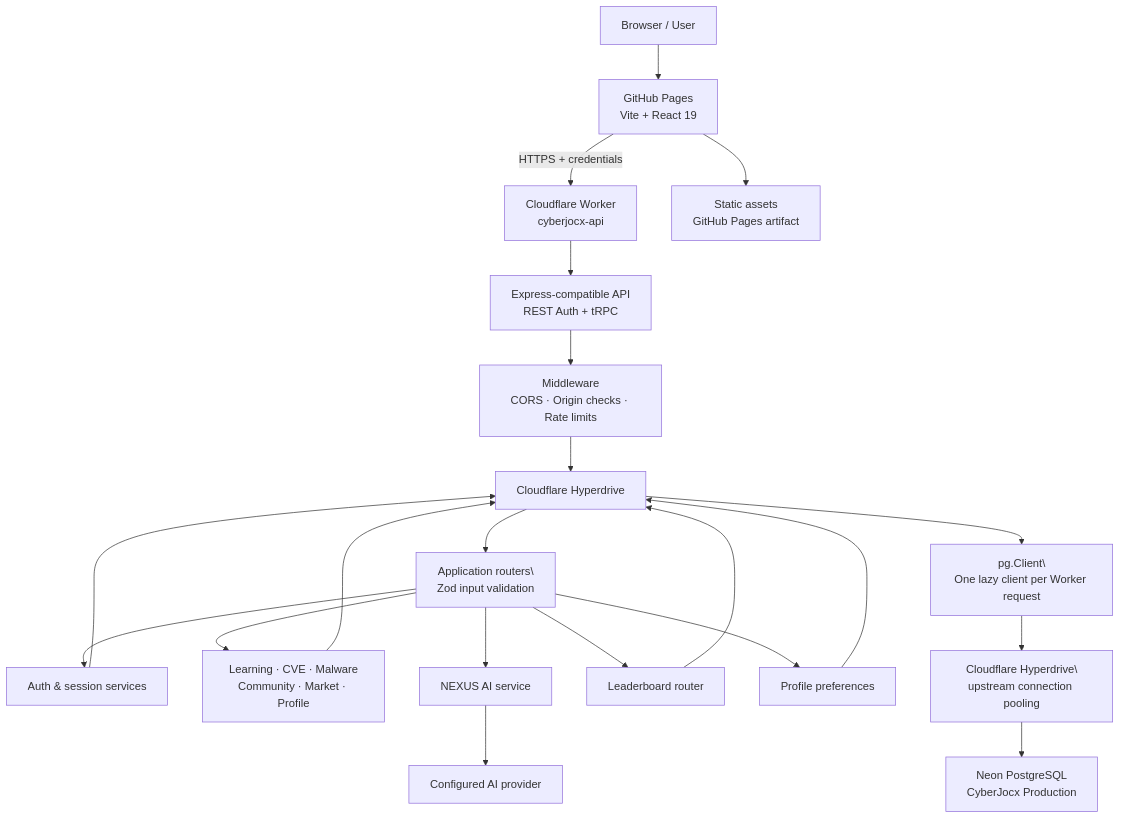
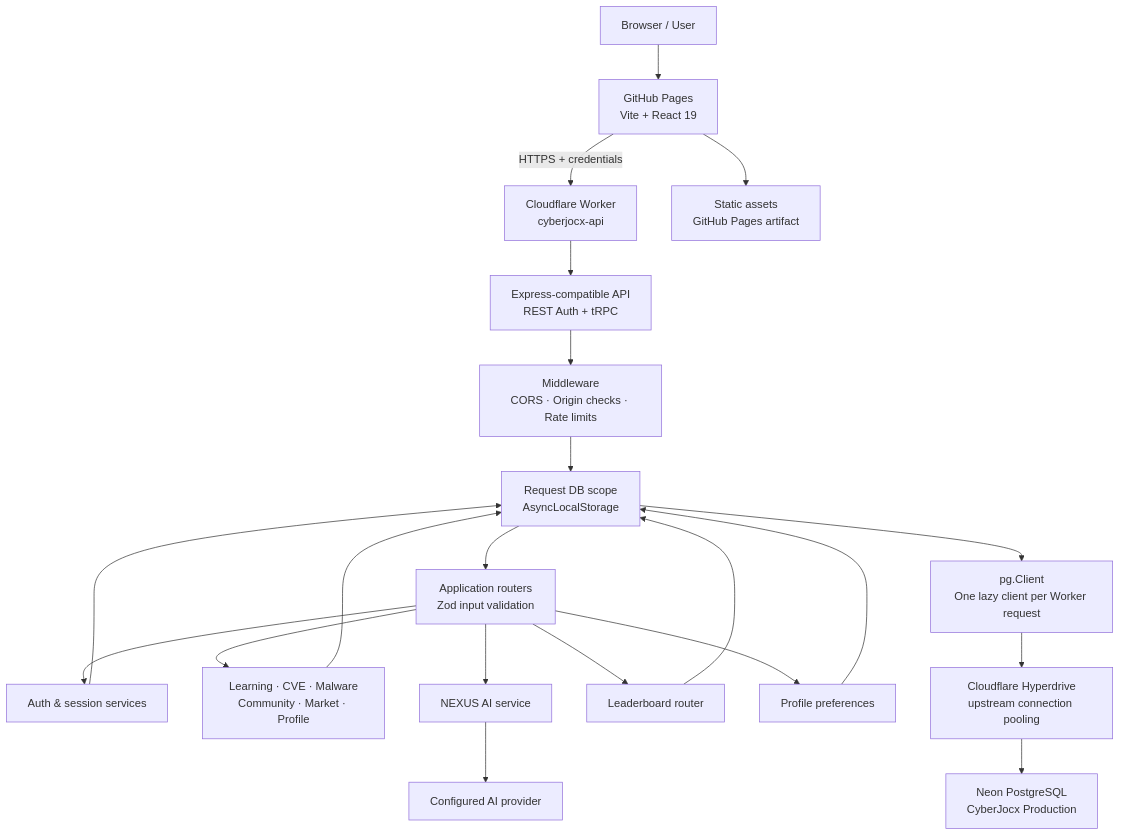
The first of 2 diagrams in ARCHITECTURE.md (faresahmedgebril/cyberjocx-web-232322), drawn with Mermaid before and after one commit.

Commit message:
docs(architecture): normalize request database diagram

````diff
--- a/ARCHITECTURE.md
+++ b/ARCHITECTURE.md
@@ -7,23 +7,23 @@
 ```mermaid
 flowchart TD
     U["Browser / User"] --> GH["GitHub Pages\nVite + React 19"]
     GH -->|HTTPS + credentials| CF["Cloudflare Worker\ncyberjocx-api"]
     CF --> EX["Express-compatible API\nREST Auth + tRPC"]
     EX --> MW["Middleware\nCORS · Origin checks · Rate limits"]
-    MW --> DB_SCOPE["Request DB scope\\nAsyncLocalStorage"]
-    DB_SCOPE --> ROUTER["Application routers\\nZod input validation"]
+    MW --> DB_SCOPE["Request DB scope\nAsyncLocalStorage"]
+    DB_SCOPE --> ROUTER["Application routers\nZod input validation"]
     ROUTER --> AUTH["Auth & session services"]
     ROUTER --> DOMAIN["Learning · CVE · Malware\nCommunity · Market · Profile"]
     ROUTER --> AI["NEXUS AI service"]
     ROUTER --> LB["Leaderboard router"]
     ROUTER --> SETTINGS["Profile preferences"]
-    AUTH --> DB_SCOPE["Cloudflare Hyperdrive"]
+    AUTH --> DB_SCOPE
     DOMAIN --> DB_SCOPE
     LB --> DB_SCOPE
     SETTINGS --> DB_SCOPE
-    DB_SCOPE --> PG_CLIENT["pg.Client\\nOne lazy client per Worker request"]
-    PG_CLIENT --> HD["Cloudflare Hyperdrive\\nupstream connection pooling"]
+    DB_SCOPE --> PG_CLIENT["pg.Client\nOne lazy client per Worker request"]
+    PG_CLIENT --> HD["Cloudflare Hyperdrive\nupstream connection pooling"]
     HD --> NEON["Neon PostgreSQL\nCyberJocx Production"]
     AI --> PROVIDER["Configured AI provider"]
     GH --> ASSETS["Static assets\nGitHub Pages artifact"]
 ```
````
